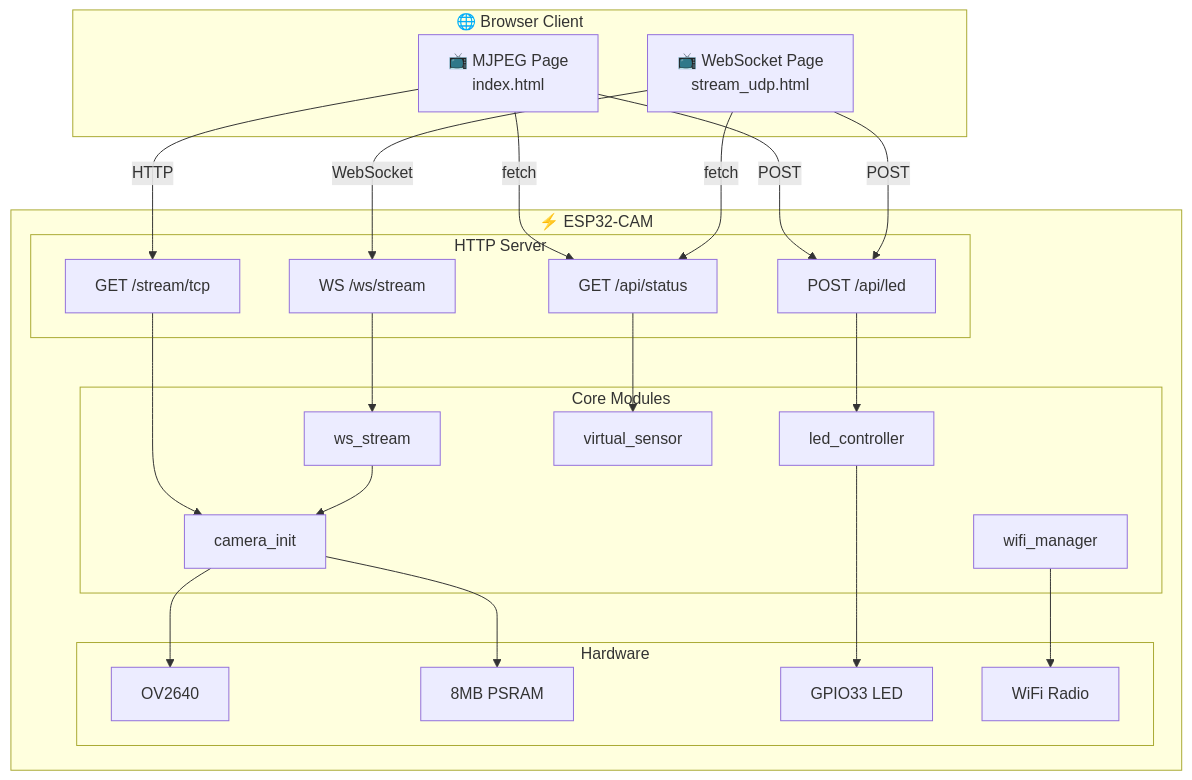
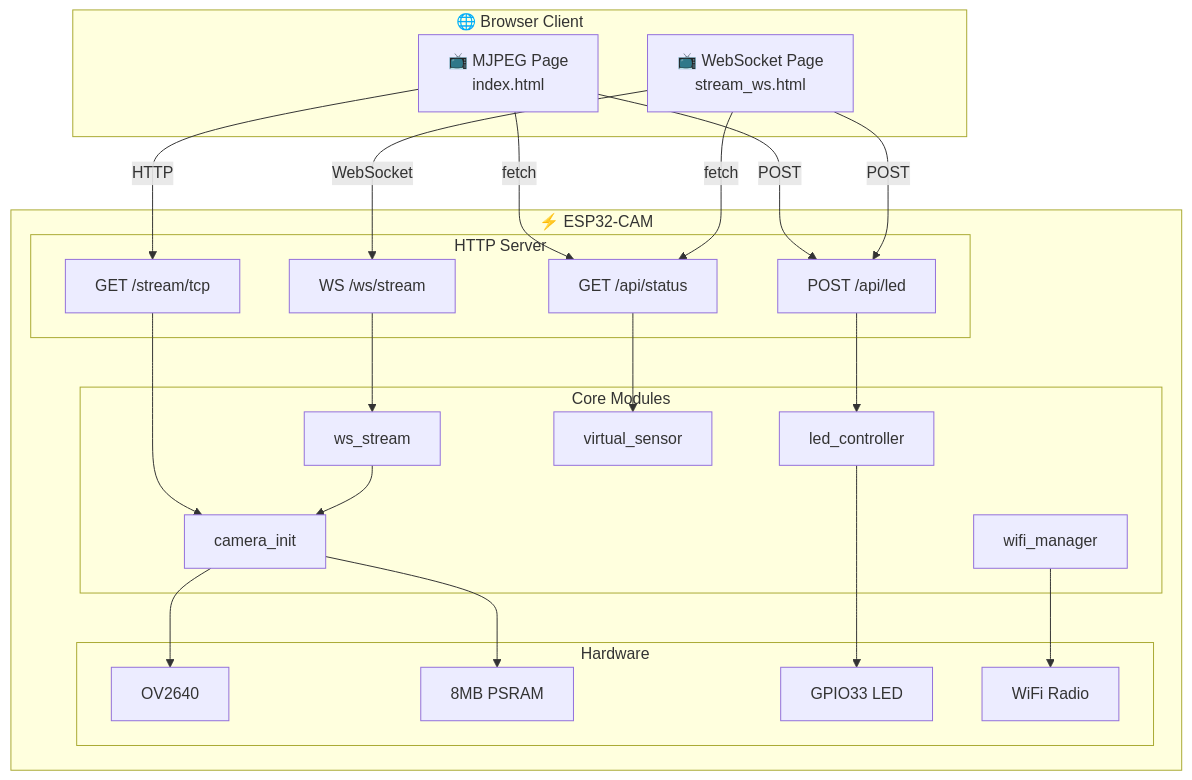
The diagram in README.md (chinawrj/Autopilot-ESP32-CAM), drawn with Mermaid before and after one commit. The commit also changed other lines of this file and 9 other files, not shown here.

First line of the commit message:
refactor: rename /stream/udp → /stream/ws + add GPIO pinout docs

````diff
--- a/README.md
+++ b/README.md
@@ -44,44 +78,44 @@
 ```mermaid
 graph TB
     subgraph Browser["🌐 Browser Client"]
         A1["📺 MJPEG Page<br/>index.html"]
-        A2["📺 WebSocket Page<br/>stream_udp.html"]
+        A2["📺 WebSocket Page<br/>stream_ws.html"]
     end
 
     subgraph ESP["⚡ ESP32-CAM"]
         subgraph HTTP["HTTP Server"]
             B2["GET /stream/tcp"]
             B4["GET /api/status"]
             B5["POST /api/led"]
             B6["WS /ws/stream"]
         end
 
         subgraph Modules["Core Modules"]
             C1["wifi_manager"]
             C2["camera_init"]
             C3["ws_stream"]
             C4["led_controller"]
             C5["virtual_sensor"]
         end
 
         subgraph HW["Hardware"]
             D2["OV2640"]
             D3["8MB PSRAM"]
             D4["GPIO33 LED"]
             D5["WiFi Radio"]
         end
     end
 
     A1 -- "HTTP" --> B2
     A2 -- "WebSocket" --> B6
     A1 & A2 -- "fetch" --> B4
     A1 & A2 -- "POST" --> B5
 
     B2 --> C2
     B6 --> C3 --> C2
     B4 --> C5
     B5 --> C4
     C1 --> D5
     C2 --> D2 & D3
     C4 --> D4
 ```
````
